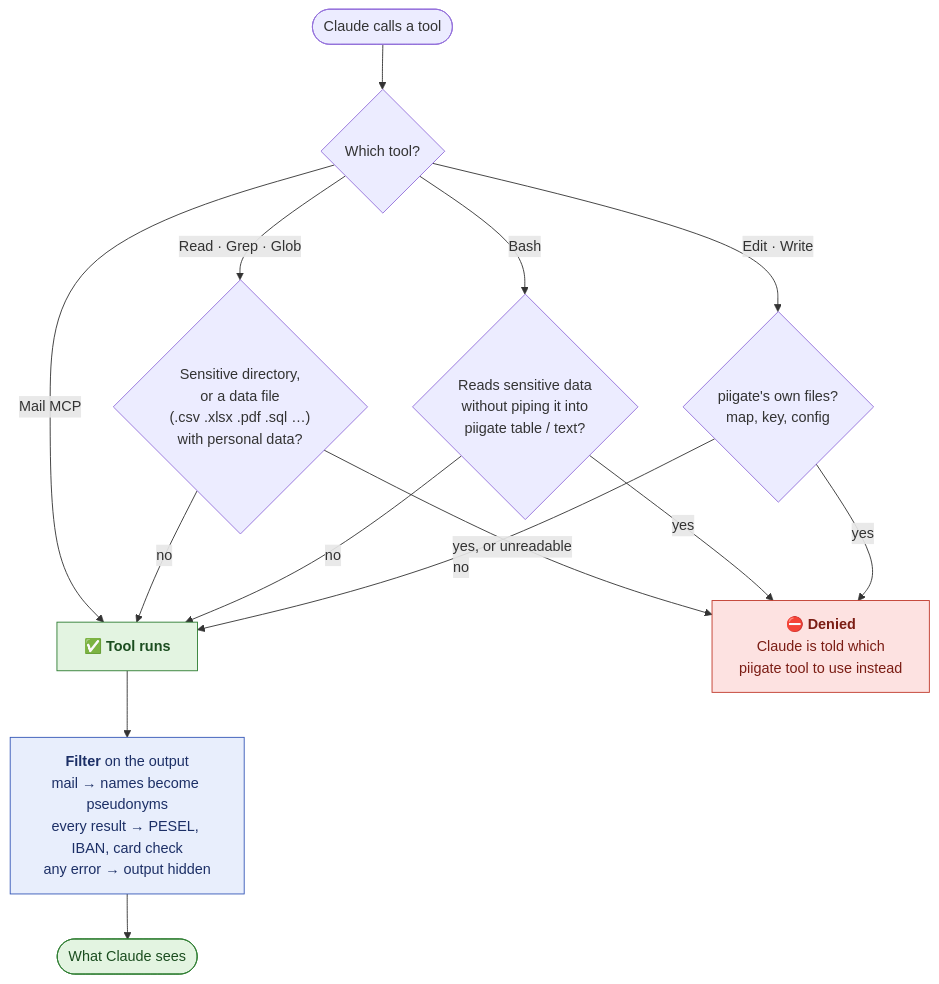
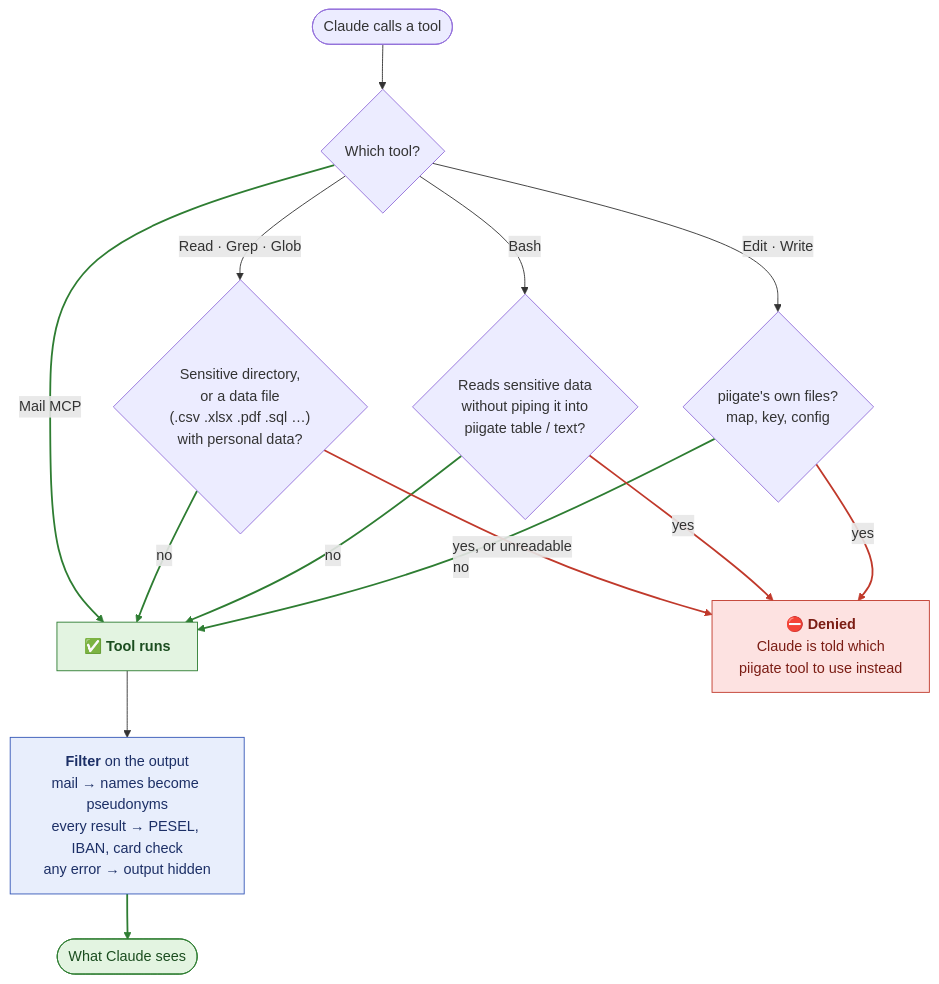
The first of 2 diagrams in README.md (DragonKing026/piigate), drawn with Mermaid before and after one commit. The commit also changed other lines of this file, not shown here.

Commit message:
README: arrows into green nodes green, into the deny node red

````diff
--- a/README.md
+++ b/README.md
@@ -17,27 +17,29 @@
 ```mermaid
 flowchart TD
     call(["Claude calls a tool"]) --> which{"Which tool?"}
 
     which -->|"Read · Grep · Glob"| read{"Sensitive directory,<br>or a data file<br>(.csv .xlsx .pdf .sql …)<br>with personal data?"}
     which -->|Bash| bash{"Reads sensitive data<br>without piping it into<br>piigate table / text?"}
     which -->|"Edit · Write"| own{"piigate's own files?<br>map, key, config"}
     which -->|"Mail MCP"| runs
 
     read -->|no| runs
     bash -->|no| runs
     own -->|no| runs
     read -->|"yes, or unreadable"| deny
     bash -->|yes| deny
     own -->|yes| deny
 
     deny["⛔ <b>Denied</b><br>Claude is told which<br>piigate tool to use instead"]
     runs["✅ <b>Tool runs</b>"] --> filter["<b>Filter</b> on the output<br>mail → names become pseudonyms<br>every result → PESEL, IBAN, card check<br>any error → output hidden"]
     filter --> ctx(["What Claude sees"])
 
     classDef deny fill:#fde2e1,stroke:#c0392b,color:#7b1d14
     classDef ok fill:#e3f4e1,stroke:#2e7d32,color:#1b4d1f
     classDef step fill:#e8eefc,stroke:#3557b7,color:#1c2f66
     class deny deny
     class runs,ctx ok
     class filter step
+    linkStyle 4,5,6,7,12 stroke:#2e7d32,stroke-width:2px
+    linkStyle 8,9,10 stroke:#c0392b,stroke-width:2px
 ```
````
